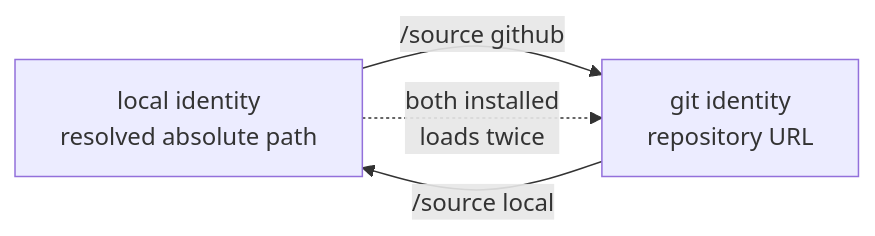
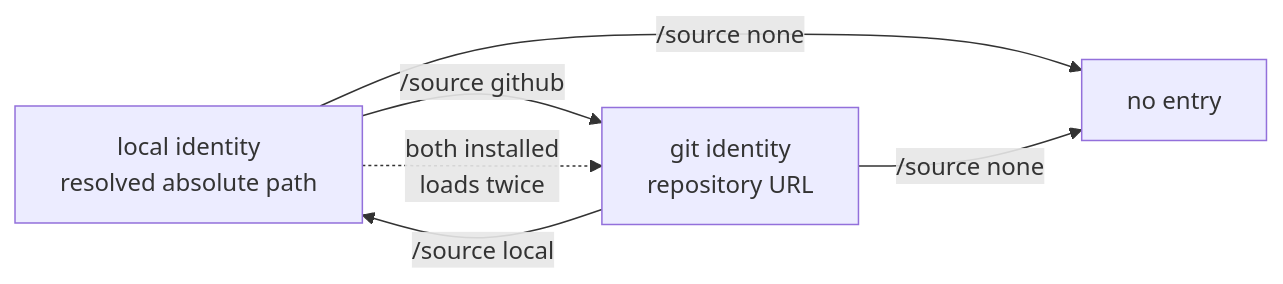
The diagram in ARCHITECTURE.md (S1M0N38/pi-source), drawn with Mermaid before and after one commit. The commit also changed other lines of this file and 5 other files, not shown here.

First line of the commit message:
feat: uninstall both entries with /source none

````diff
--- a/ARCHITECTURE.md
+++ b/ARCHITECTURE.md
@@ -18,8 +18,10 @@
 ```mermaid
 flowchart LR
     L["local identity<br/>resolved absolute path"]
     G["git identity<br/>repository URL"]
     L -->|"/source github"| G
     G -->|"/source local"| L
     L -.->|"both installed<br/>loads twice"| G
+    L -->|"/source none"| N["no entry"]
+    G -->|"/source none"| N
 ```
````
